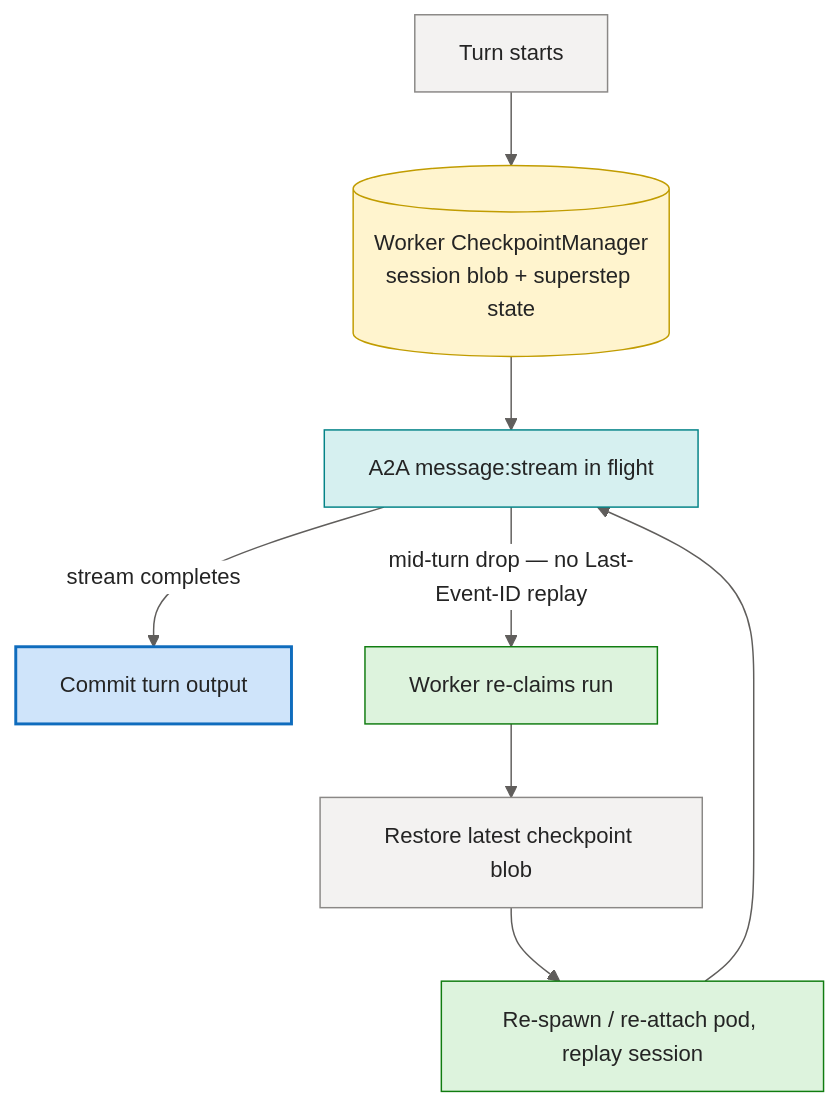
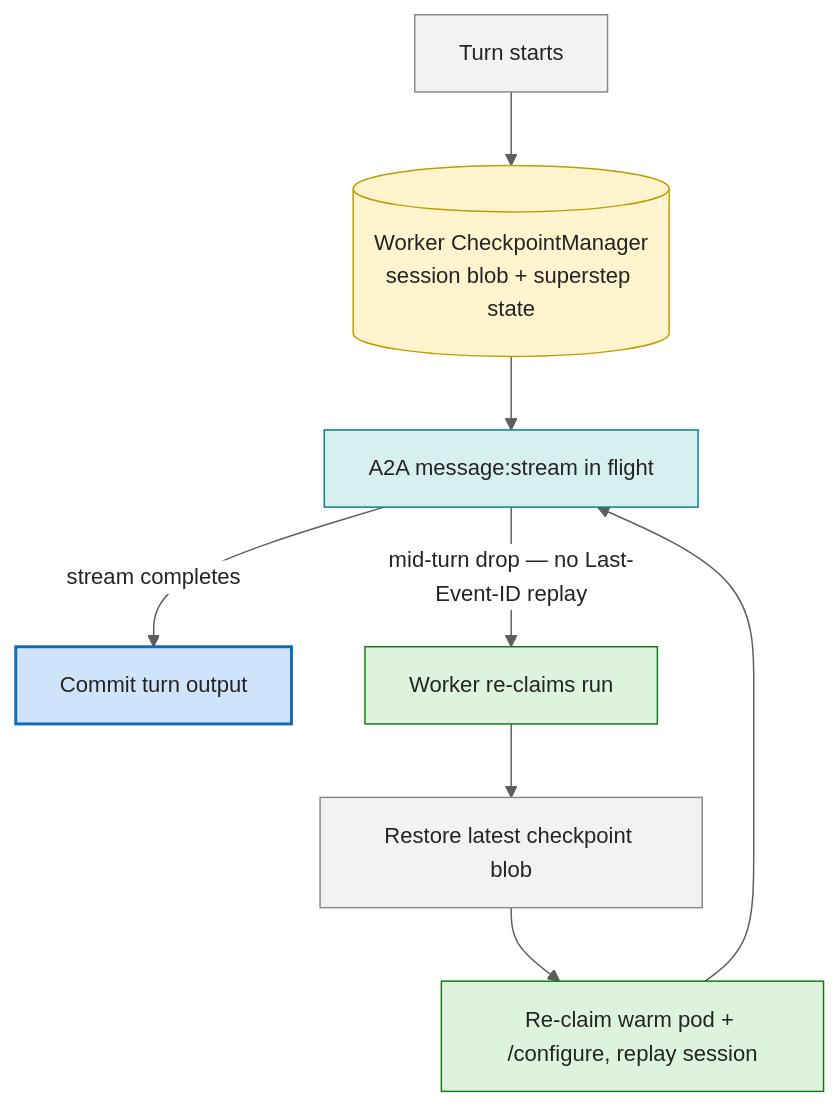
The third of 3 diagrams in docs/deep-dive/a2a-bridge.md (sabbour/agentweaver), drawn with Mermaid before and after one commit. The commit also changed other lines of this file and 40 other files, not shown here.

````diff
--- a/docs/deep-dive/a2a-bridge.md
+++ b/docs/deep-dive/a2a-bridge.md
@@ -171,26 +176,26 @@
 ```mermaid
 %%{init: {'theme':'base','themeVariables':{'fontFamily':'Segoe UI, system-ui, -apple-system, sans-serif','fontSize':'15px','primaryColor':'#E8EEF9','primaryBorderColor':'#0F6CBD','primaryTextColor':'#242424','lineColor':'#605E5C','clusterBkg':'#FAF9F8','clusterBorder':'#D2D0CE','edgeLabelBackground':'#FFFFFF'}}}%%
 flowchart TD
     Start["Turn starts"] --> CK1[("Worker CheckpointManager<br/>session blob + superstep state")]
     CK1 --> Stream["A2A message:stream in flight"]
     Stream -->|"stream completes"| Done["Commit turn output"]
     Stream -->|"mid-turn drop — no Last-Event-ID replay"| Reclaim["Worker re-claims run"]
     Reclaim --> Restore["Restore latest checkpoint blob"]
-    Restore --> Respawn["Re-spawn / re-attach pod, replay session"]
+    Restore --> Respawn["Re-claim warm pod + /configure, replay session"]
     Respawn --> Stream
 
     classDef client fill:#E8EEF9,stroke:#0F6CBD,stroke-width:1px,color:#242424;
     classDef svc fill:#F3F2F1,stroke:#8A8886,stroke-width:1px,color:#242424;
     classDef core fill:#CFE4FA,stroke:#0F6CBD,stroke-width:2px,color:#242424;
     classDef data fill:#FFF4CE,stroke:#C19C00,stroke-width:1px,color:#242424;
     classDef ext fill:#F0E8F8,stroke:#8764B8,stroke-width:1px,color:#242424;
     classDef runtime fill:#DDF3DD,stroke:#107C10,stroke-width:1px,color:#242424;
     classDef evt fill:#D6F0F0,stroke:#038387,stroke-width:1px,color:#242424;
     class Start svc;
     class CK1 data;
     class Stream evt;
     class Done core;
     class Reclaim runtime;
     class Restore svc;
     class Respawn runtime;
 ```
````
